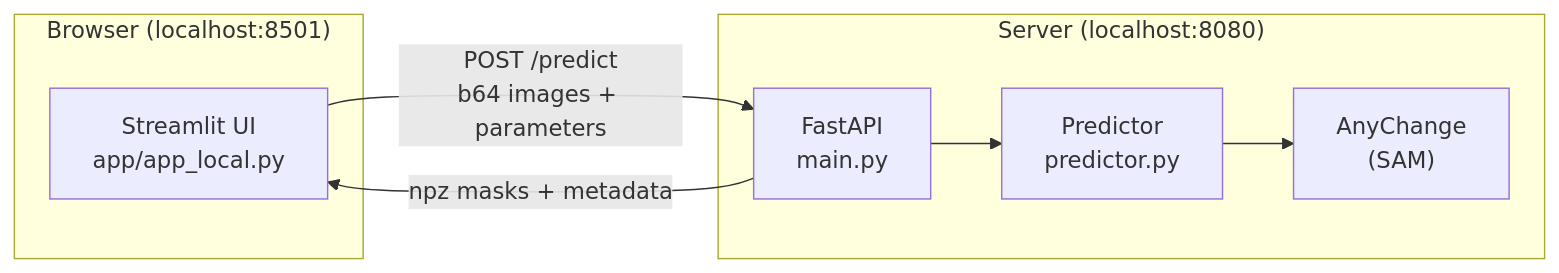
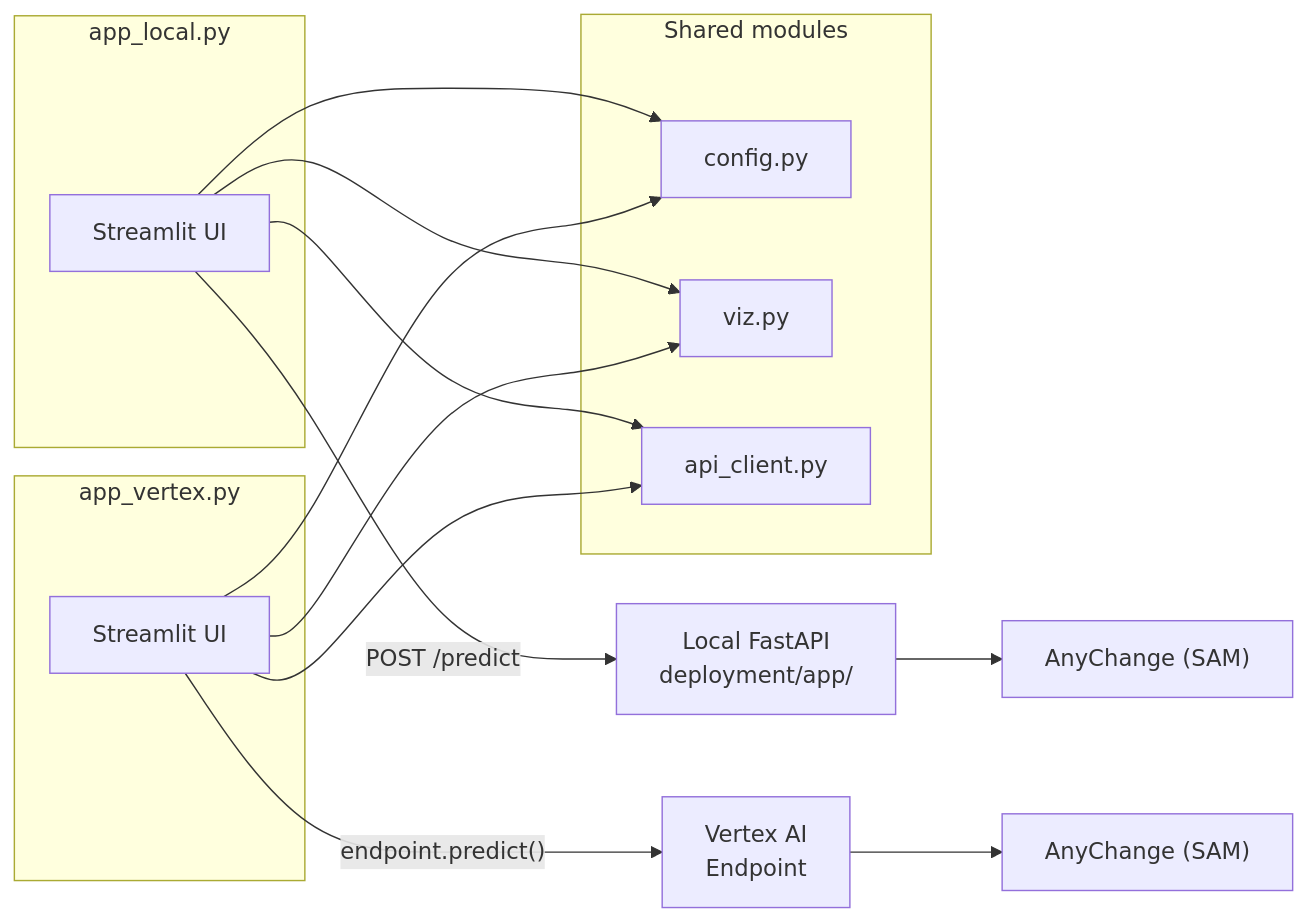
The first of 2 diagrams in app/README.md (biplovbhandari/pytorch-change-models), drawn with Mermaid before and after one commit. The commit also changed other lines of this file and 2 other files, not shown here.

````diff
--- a/app/README.md
+++ b/app/README.md
@@ -18,16 +36,25 @@
 ```mermaid
 flowchart LR
-    subgraph "Browser (localhost:8501)"
-        UI["Streamlit UI<br/>app/app_local.py"]
+    subgraph Shared["Shared modules"]
+        CFG["config.py"]
+        VIZ["viz.py"]
+        API["api_client.py"]
     end
 
-    subgraph "Server (localhost:8080)"
-        API["FastAPI<br/>main.py"]
-        PRED["Predictor<br/>predictor.py"]
-        SAM["AnyChange<br/>(SAM)"]
-        API --> PRED --> SAM
+    subgraph Local["app_local.py"]
+        L_UI["Streamlit UI"]
     end
 
-    UI -- "POST /predict<br/>b64 images + parameters" --> API
-    API -- "npz masks + metadata" --> UI
+    subgraph Vertex["app_vertex.py"]
+        V_UI["Streamlit UI"]
+    end
+
+    L_UI --> CFG & VIZ & API
+    V_UI --> CFG & VIZ & API
+
+    L_UI -- "POST /predict" --> FastAPI["Local FastAPI<br/>deployment/app/"]
+    V_UI -- "endpoint.predict()" --> VAI["Vertex AI<br/>Endpoint"]
+
+    FastAPI --> SAM["AnyChange (SAM)"]
+    VAI --> SAM2["AnyChange (SAM)"]
 ```
````
